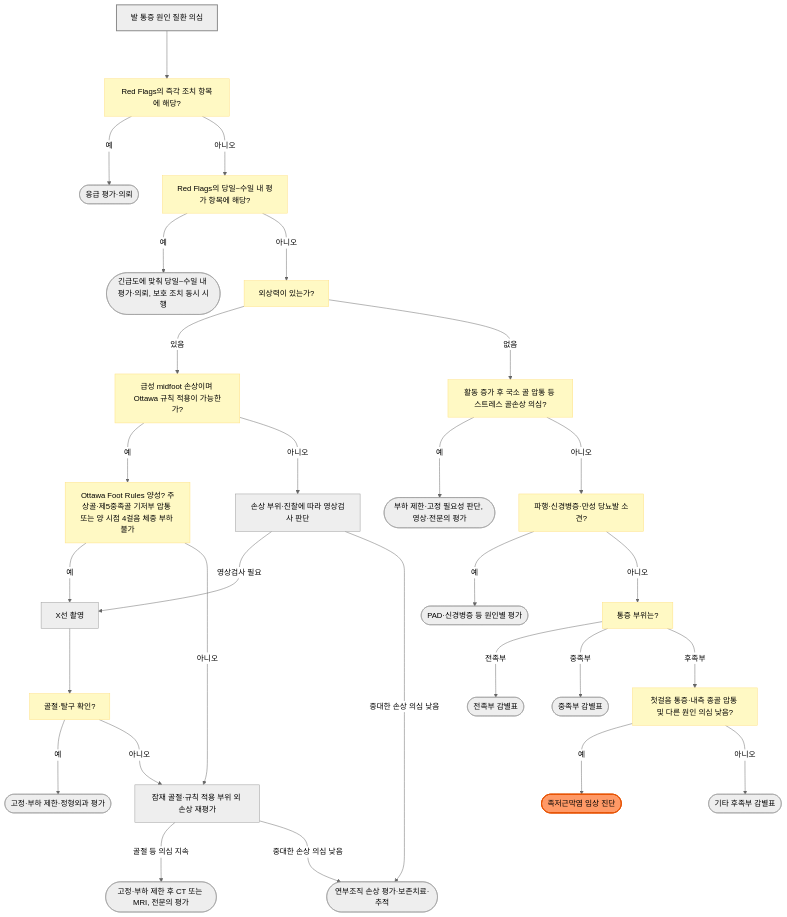
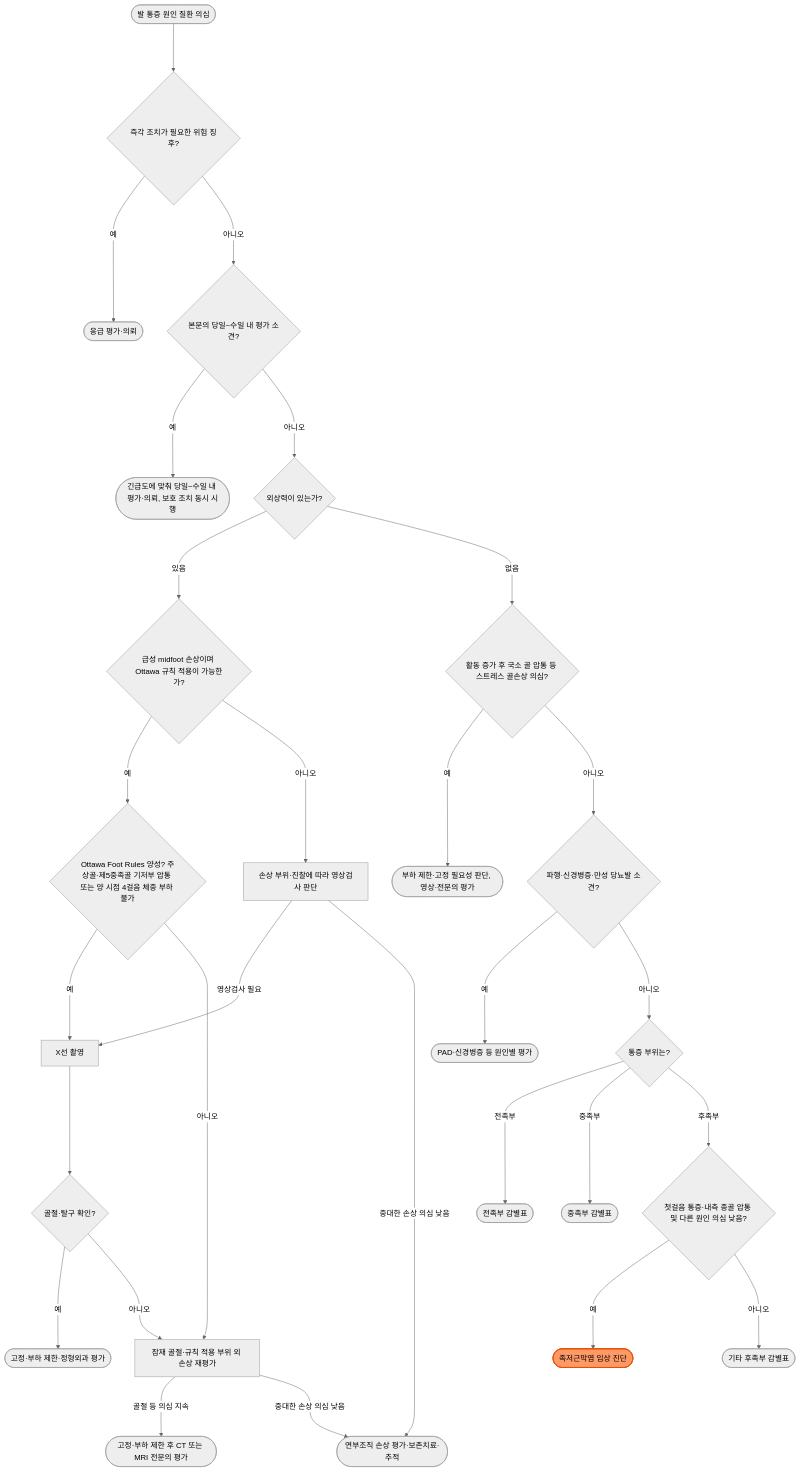
One commit to familyoh77/familyoh77 changed the diagram in 228_/146_-foot-pain.md. Above: the diagram before and after it, drawn with Mermaid (neutral theme). The commit also changed other lines of this file and 9 other files, not shown here.

````diff
--- a/228_/146_-foot-pain.md
+++ b/228_/146_-foot-pain.md
@@ -224,35 +224,31 @@
 ```mermaid
 graph TD
-    Start["발 통증 원인 질환 의심"] ---> Red["Red Flags의 즉각 조치 항목에 해당?"]
-    Red -- "예" ---> Urgent(["응급 평가·의뢰"])
-    Red -- "아니오" ---> Day["Red Flags의 당일~수일 내 평가 항목에 해당?"]
-    Day -- "예" ---> DayCare(["긴급도에 맞춰 당일~수일 내 평가·의뢰, 보호 조치 동시 시행"])
-    Day -- "아니오" ---> Trauma["외상력이 있는가?"]
-    Trauma -- "있음" ---> TraumaEval["급성 midfoot 손상이며 Ottawa 규칙 적용이 가능한가?"]
-    TraumaEval -- "예" ---> Ottawa["Ottawa Foot Rules 양성? 주상골·제5중족골 기저부 압통 또는 양 시점 4걸음 체중 부하 불가"]
-    Ottawa -- "예" ---> XR["X선 촬영"]
-    Ottawa -- "아니오" ---> Recheck["잠재 골절·규칙 적용 부위 외 손상 재평가"]
-    TraumaEval -- "아니오" ---> Clinical["손상 부위·진찰에 따라 영상검사 판단"]
-    Clinical -- "영상검사 필요" ---> XR
-    Clinical -- "중대한 손상 의심 낮음" ---> SoftTissue(["연부조직 손상 평가·보존치료·추적"])
-    XR ---> XResult["골절·탈구 확인?"]
-    XResult -- "예" ---> OrthoRef(["고정·부하 제한·정형외과 평가"])
-    XResult -- "아니오" ---> Recheck
-    Recheck -- "골절 등 의심 지속" ---> Advanced(["고정·부하 제한 후 CT 또는 MRI, 전문의 평가"])
-    Recheck -- "중대한 손상 의심 낮음" ---> SoftTissue
-    Trauma -- "없음" ---> BoneRisk["활동 증가 후 국소 골 압통 등 스트레스 골손상 의심?"]
-    BoneRisk -- "예" ---> StressCare(["부하 제한·고정 필요성 판단, 영상·전문의 평가"])
-    BoneRisk -- "아니오" ---> Vascular["파행·신경병증·만성 당뇨발 소견?"]
-    Vascular -- "예" ---> VascularEval(["PAD·신경병증 등 원인별 평가"])
-    Vascular -- "아니오" ---> Location["통증 부위는?"]
-    Location -- "전족부" ---> ForefootDx(["전족부 감별표"])
-    Location -- "중족부" ---> MidfootDx(["중족부 감별표"])
-    Location -- "후족부" ---> RearfootQ["첫걸음 통증·내측 종골 압통 및 다른 원인 의심 낮음?"]
-    RearfootQ -- "예" ---> PFDx(["족저근막염 임상 진단"])
-    RearfootQ -- "아니오" ---> OtherRear(["기타 후족부 감별표"])
-
-    classDef question fill:#fff9c4,stroke:#ffe082
-    class Red,Day,Trauma,TraumaEval,Ottawa,XResult,BoneRisk,Vascular,Location,RearfootQ question
-    style Start fill:#eeeeee,stroke:#888888,stroke-width:2px
+    Start(["발 통증 원인 질환 의심"]) ---> Red{"즉각 조치가 필요한 위험 징후?"}
+    Red -- 예 ---> Urgent(["응급 평가·의뢰"])
+    Red -- 아니오 ---> Day{"본문의 당일~수일 내 평가 소견?"}
+    Day -- 예 ---> DayCare(["긴급도에 맞춰 당일~수일 내 평가·의뢰, 보호 조치 동시 시행"])
+    Day -- 아니오 ---> Trauma{"외상력이 있는가?"}
+    Trauma -- 있음 ---> TraumaEval{"급성 midfoot 손상이며 Ottawa 규칙 적용이 가능한가?"}
+    TraumaEval -- 예 ---> Ottawa{"Ottawa Foot Rules 양성? 주상골·제5중족골 기저부 압통 또는 양 시점 4걸음 체중 부하 불가"}
+    Ottawa -- 예 ---> XR["X선 촬영"]
+    Ottawa -- 아니오 ---> Recheck["잠재 골절·규칙 적용 부위 외 손상 재평가"]
+    TraumaEval -- 아니오 ---> Clinical["손상 부위·진찰에 따라 영상검사 판단"]
+    Clinical -- 영상검사 필요 ---> XR
+    Clinical -- 중대한 손상 의심 낮음 ---> SoftTissue(["연부조직 손상 평가·보존치료·추적"])
+    XR ---> XResult{"골절·탈구 확인?"}
+    XResult -- 예 ---> OrthoRef(["고정·부하 제한·정형외과 평가"])
+    XResult -- 아니오 ---> Recheck
+    Recheck -- 골절 등 의심 지속 ---> Advanced(["고정·부하 제한 후 CT 또는 MRI 전문의 평가"])
+    Recheck -- 중대한 손상 의심 낮음 ---> SoftTissue
+    Trauma -- 없음 ---> BoneRisk{"활동 증가 후 국소 골 압통 등 스트레스 골손상 의심?"}
+    BoneRisk -- 예 ---> StressCare(["부하 제한·고정 필요성 판단, 영상·전문의 평가"])
+    BoneRisk -- 아니오 ---> Vascular{"파행·신경병증·만성 당뇨발 소견?"}
+    Vascular -- 예 ---> VascularEval(["PAD·신경병증 등 원인별 평가"])
+    Vascular -- 아니오 ---> Location{"통증 부위는?"}
+    Location -- 전족부 ---> ForefootDx(["전족부 감별표"])
+    Location -- 중족부 ---> MidfootDx(["중족부 감별표"])
+    Location -- 후족부 ---> RearfootQ{"첫걸음 통증·내측 종골 압통 및 다른 원인 의심 낮음?"}
+    RearfootQ -- 예 ---> PFDx(["족저근막염 임상 진단"])
+    RearfootQ -- 아니오 ---> OtherRear(["기타 후족부 감별표"])
     style PFDx fill:#f96,stroke:#e65100,stroke-width:2px
 ```
````
